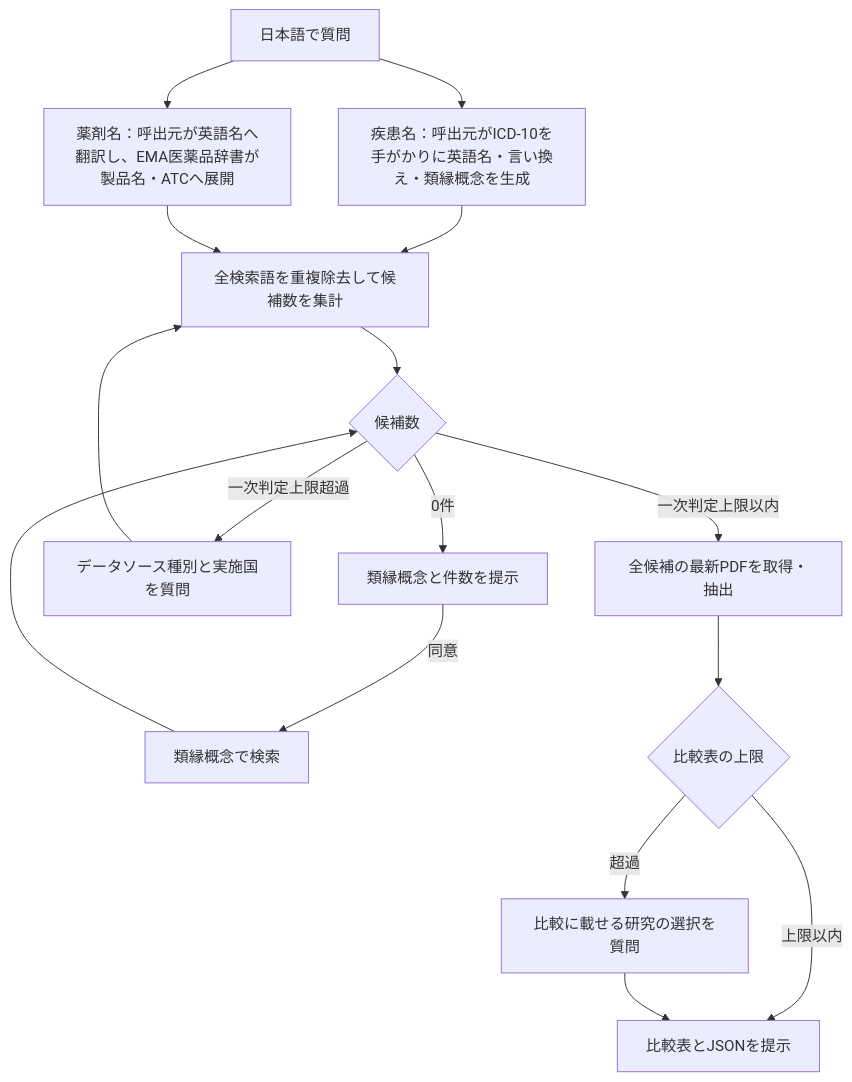
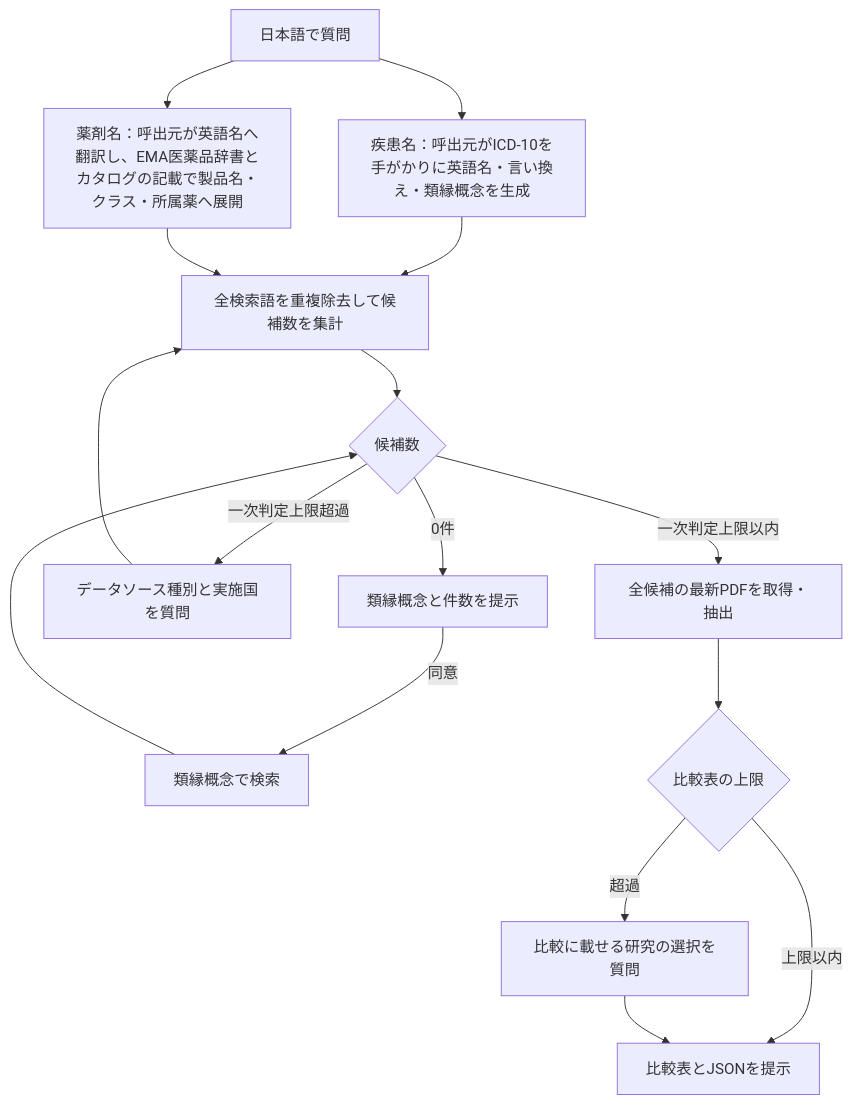
One commit to parfait0707/ema-rwe-mcp changed the first of 2 diagrams in README.md. Above: the diagram before and after it, drawn with Mermaid. The commit also changed other lines of this file and 10 other files, not shown here.

````diff
--- a/README.md
+++ b/README.md
@@ -46,18 +46,18 @@
 ```mermaid
 flowchart TD
     A[日本語で質問] --> B1[疾患名：呼出元がICD-10を手がかりに英語名・言い換え・類縁概念を生成]
-    A --> B2[薬剤名：呼出元が英語名へ翻訳し、EMA医薬品辞書が製品名・ATCへ展開]
+    A --> B2[薬剤名：呼出元が英語名へ翻訳し、EMA医薬品辞書とカタログの記載で製品名・クラス・所属薬へ展開]
     B1 --> C[全検索語を重複除去して候補数を集計]
     B2 --> C
     C --> D{候補数}
     D -->|0件| J[類縁概念と件数を提示]
     J -->|同意| K[類縁概念で検索]
     K --> D
     D -->|一次判定上限超過| E[データソース種別と実施国を質問]
     E --> C
     D -->|一次判定上限以内| F[全候補の最新PDFを取得・抽出]
     F --> G{比較表の上限}
     G -->|超過| H[比較に載せる研究の選択を質問]
     G -->|上限以内| I[比較表とJSONを提示]
     H --> I
 ```
````
